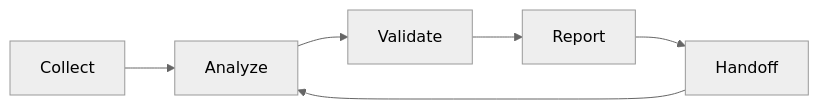
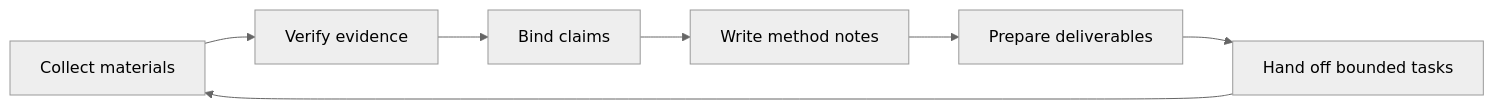
The diagram in docs/workflow-core.md (avefield509-lang/codex-research-stack), drawn with Mermaid (neutral theme) before and after one commit. The commit also changed other lines of this file and 30 other files, not shown here.

````diff
--- a/docs/workflow-core.md
+++ b/docs/workflow-core.md
@@ -16,8 +16,9 @@
 ```mermaid
 flowchart LR
-  A["Collect"] --> B["Analyze"]
-  B --> C["Validate"]
-  C --> D["Report"]
-  D --> E["Handoff"]
-  E --> B
+  A["Collect materials"] --> B["Verify evidence"]
+  B --> C["Bind claims"]
+  C --> D["Write method notes"]
+  D --> E["Prepare deliverables"]
+  E --> F["Hand off bounded tasks"]
+  F --> A
 ```
````
